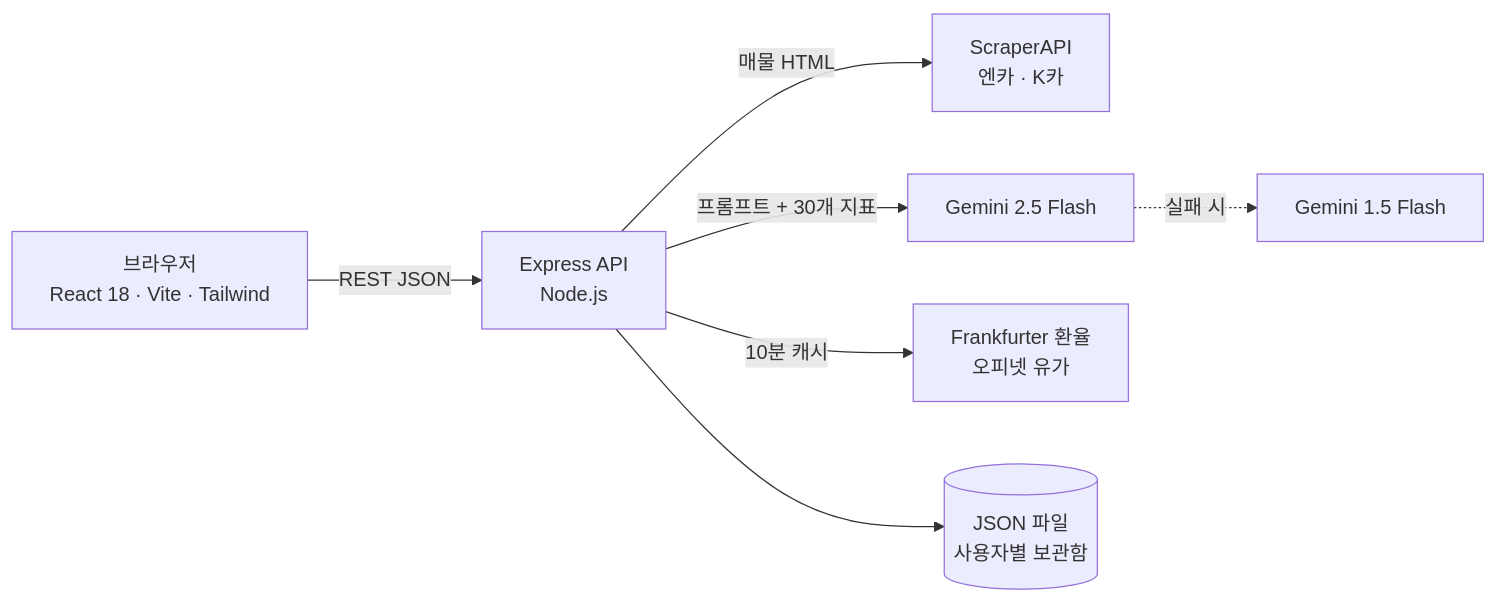
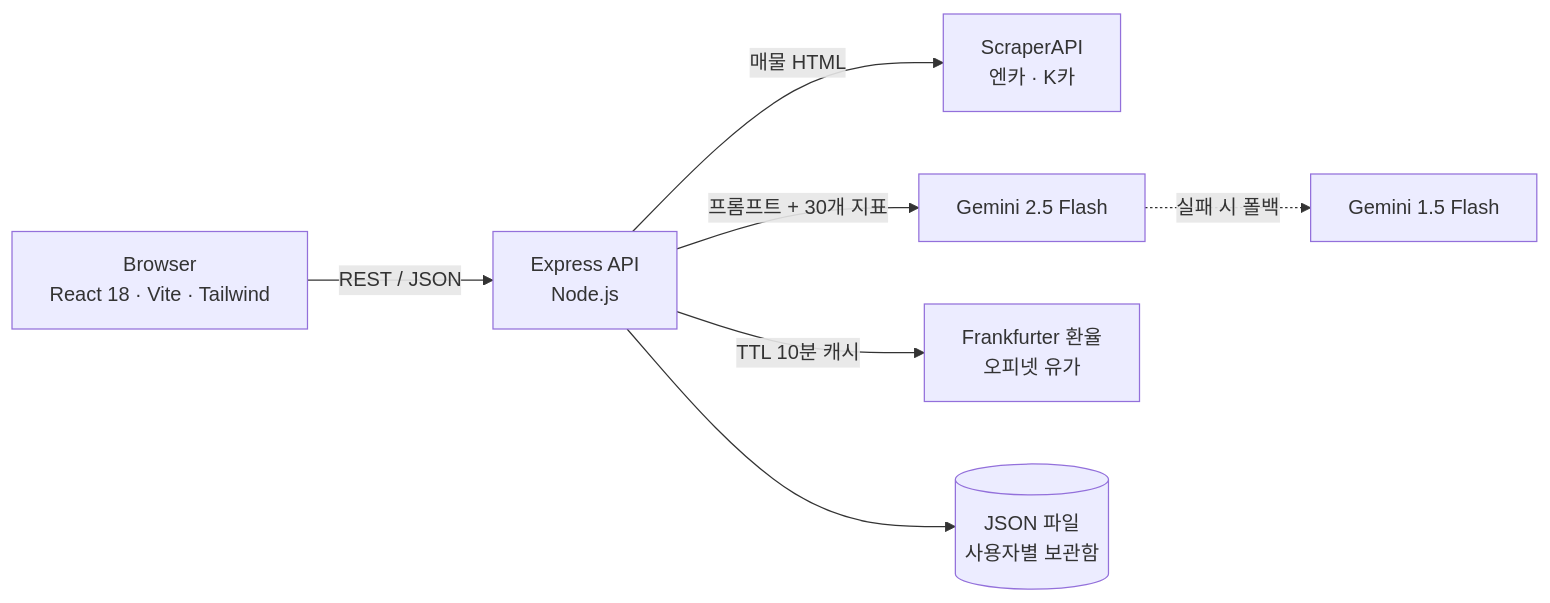
One commit to yuhiove2425-alt/quant-automotive-lab changed the first of 2 diagrams in README.md. Above: the diagram before and after it, drawn with Mermaid. The commit also changed other lines of this file, not shown here.

Commit message:
README를 개발 문서 형식으로 정리 — API 레퍼런스 · 데이터 모델 · 설계 결정 · 로드맵

````diff
--- a/README.md
+++ b/README.md
@@ -89,9 +100,9 @@
 ```mermaid
 flowchart LR
-    U["브라우저<br/>React 18 · Vite · Tailwind"] -->|REST JSON| API["Express API<br/>Node.js"]
+    U["Browser<br/>React 18 · Vite · Tailwind"] -->|REST / JSON| API["Express API<br/>Node.js"]
     API -->|매물 HTML| SC["ScraperAPI<br/>엔카 · K카"]
     API -->|프롬프트 + 30개 지표| G1["Gemini 2.5 Flash"]
-    G1 -. 실패 시 .-> G2["Gemini 1.5 Flash"]
-    API -->|10분 캐시| MK["Frankfurter 환율<br/>오피넷 유가"]
+    G1 -. 실패 시 폴백 .-> G2["Gemini 1.5 Flash"]
+    API -->|TTL 10분 캐시| MK["Frankfurter 환율<br/>오피넷 유가"]
     API --> DB[("JSON 파일<br/>사용자별 보관함")]
 ```
````
